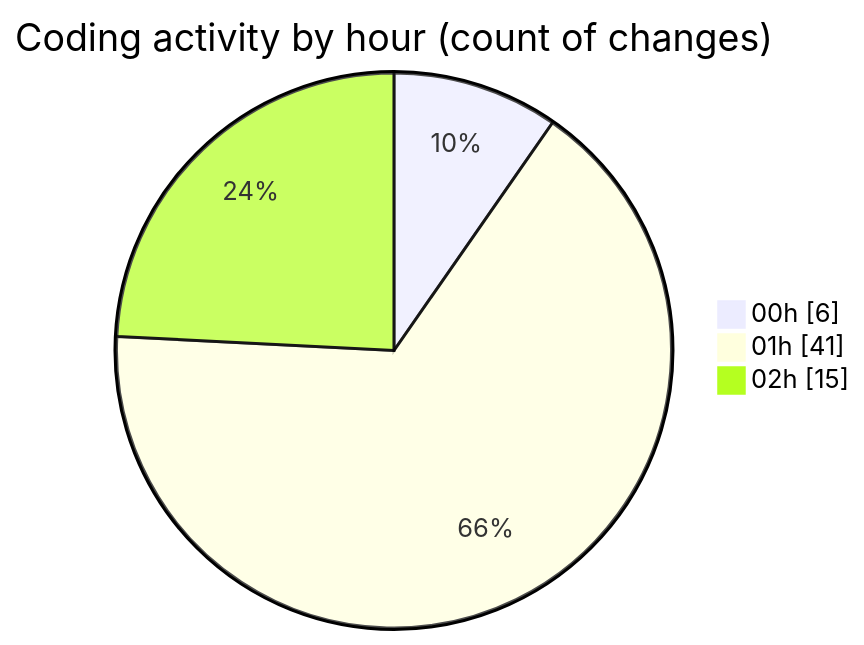
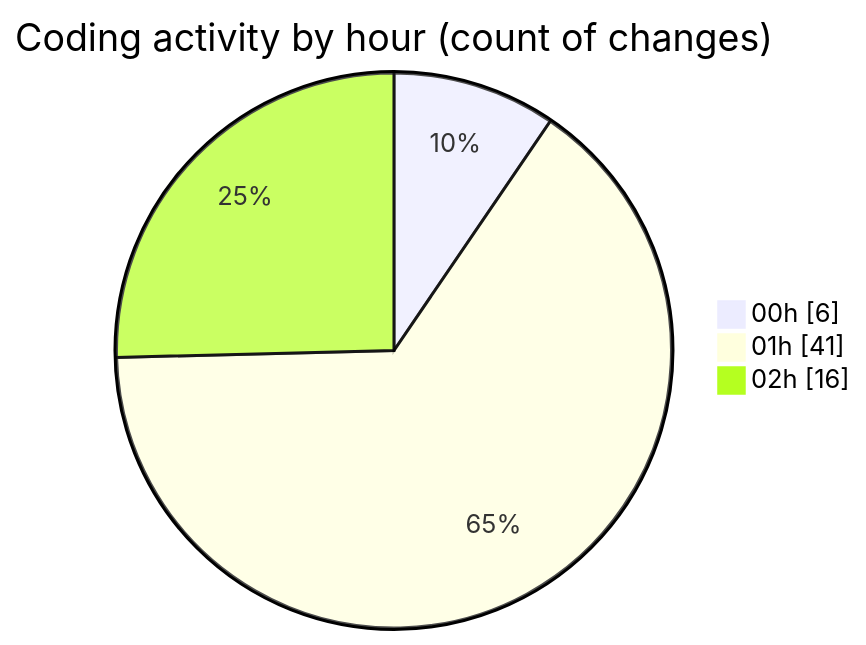
Before and after one commit to JenPaints/code-tracking: the second of 2 diagrams in 2025-06-22/archive/README.md, drawn with Mermaid. The commit also changed other lines of this file and 1 other file, not shown here.

````diff
--- a/2025-06-22/archive/README.md
+++ b/2025-06-22/archive/README.md
@@ -35,7 +35,7 @@
 ```mermaid
 pie showData
 title Coding activity by hour (count of changes)
 "00h" : 6
 "01h" : 41
-"02h" : 15
+"02h" : 16
 ```
````
